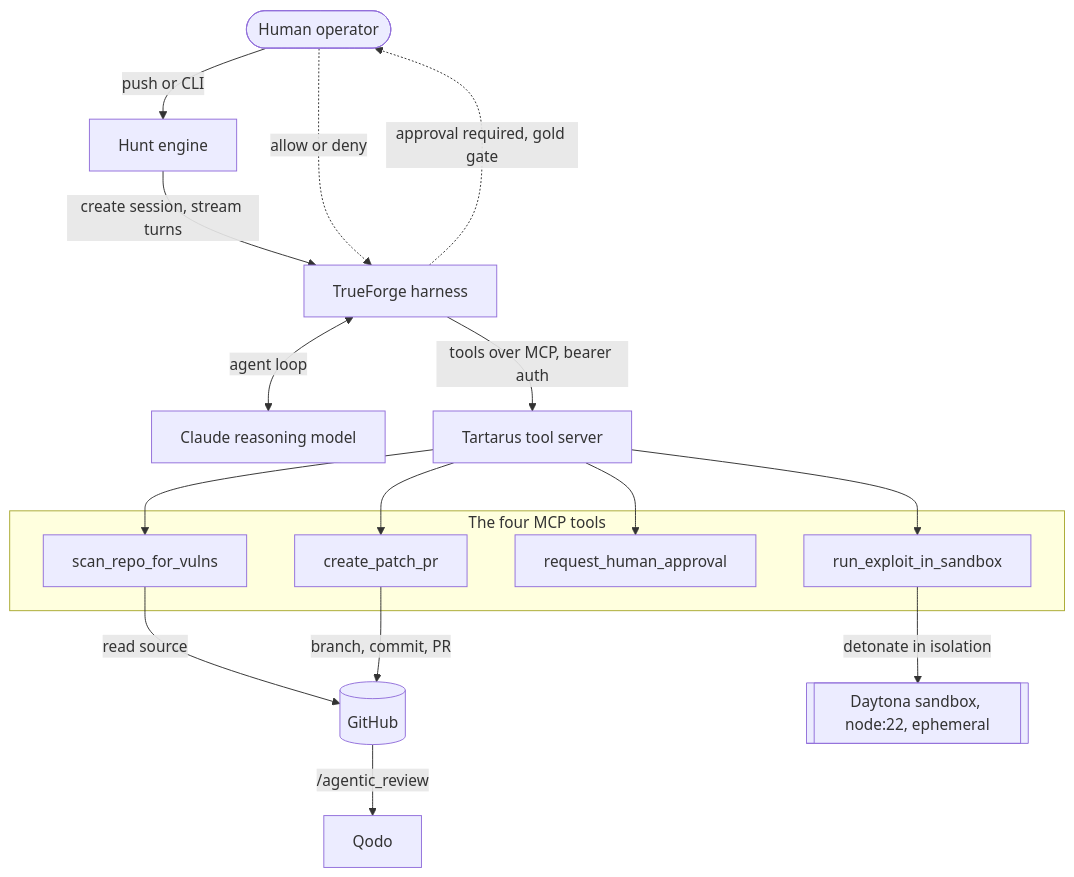
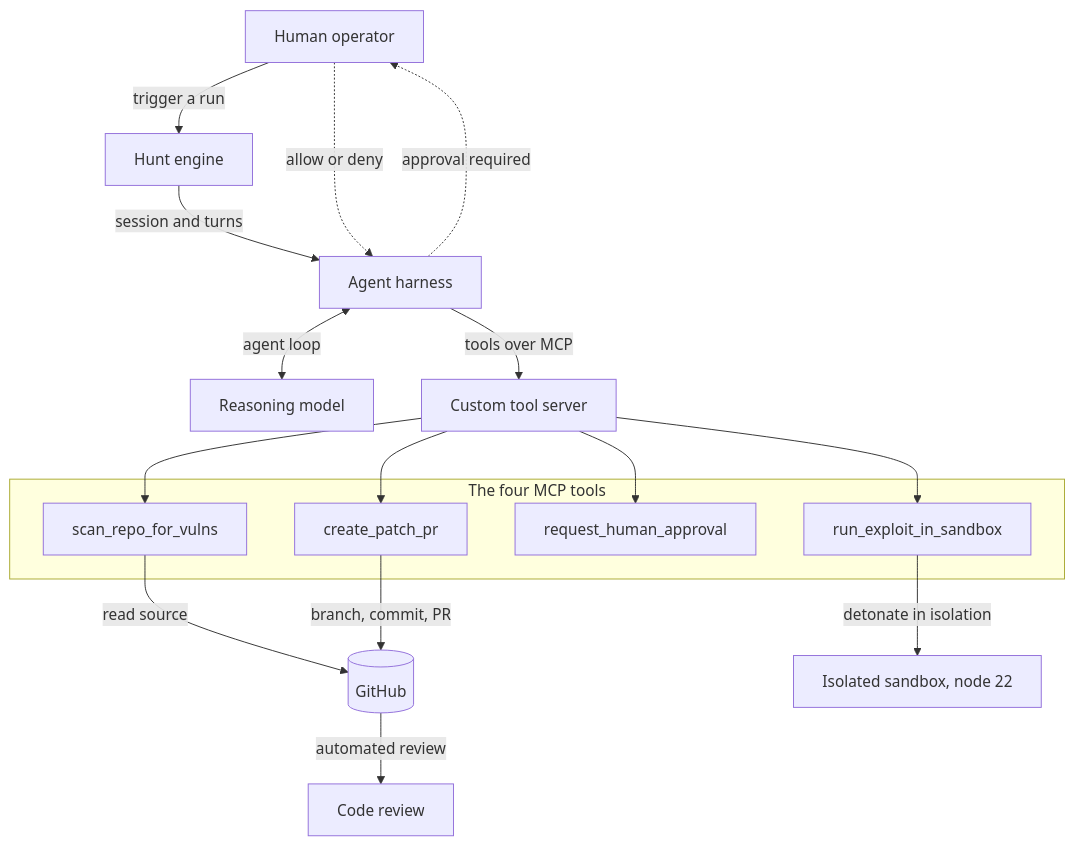
The second of 3 diagrams in README.md (yerramsettysuchita/tartarus), drawn with Mermaid before and after one commit. The commit also changed other lines of this file, not shown here.

Commit message:
Tartarus

````diff
--- a/README.md
+++ b/README.md
@@ -74,23 +69,23 @@
 ```mermaid
 flowchart TD
-    U([Human operator]) -->|push or CLI| RUN[Hunt engine]
-    RUN -->|create session, stream turns| TF[TrueForge harness]
-    TF <-->|agent loop| LLM[Claude reasoning model]
-    TF -->|tools over MCP, bearer auth| MCP[Tartarus tool server]
+    U["Human operator"] -->|trigger a run| RUN["Hunt engine"]
+    RUN -->|session and turns| TF["Agent harness"]
+    TF <-->|agent loop| LLM["Reasoning model"]
+    TF -->|tools over MCP| MCP["Custom tool server"]
 
     subgraph TOOLS [The four MCP tools]
-      T1[scan_repo_for_vulns]
-      T2[run_exploit_in_sandbox]
-      T3[request_human_approval]
-      T4[create_patch_pr]
+      T1["scan_repo_for_vulns"]
+      T2["run_exploit_in_sandbox"]
+      T3["request_human_approval"]
+      T4["create_patch_pr"]
     end
     MCP --> T1 & T2 & T3 & T4
 
-    T1 -->|read source| GH[(GitHub)]
-    T2 -->|detonate in isolation| DAY[["Daytona sandbox, node:22, ephemeral"]]
+    T1 -->|read source| GH[("GitHub")]
+    T2 -->|detonate in isolation| DAY["Isolated sandbox, node 22"]
     T4 -->|branch, commit, PR| GH
 
-    TF -. approval required, gold gate .-> U
+    TF -. approval required .-> U
     U -. allow or deny .-> TF
-    GH -->|/agentic_review| QODO[Qodo]
+    GH -->|automated review| QODO["Code review"]
 ```
````
